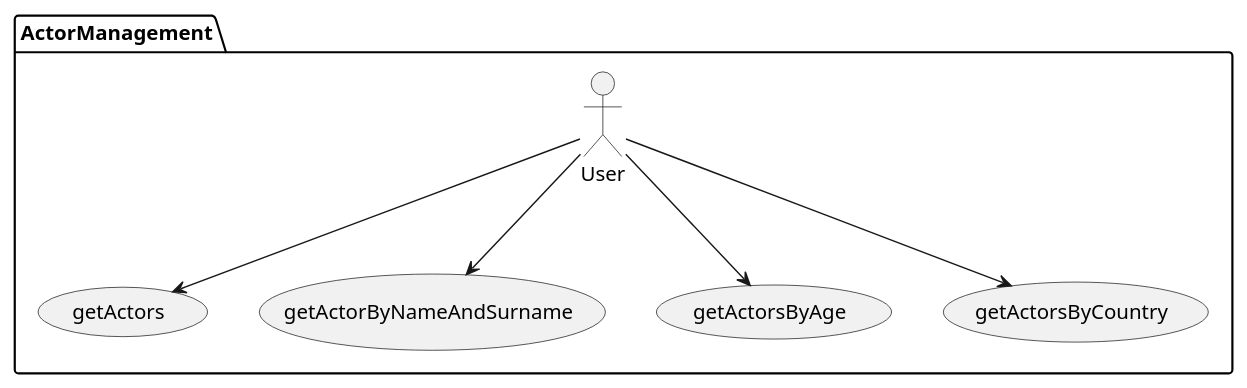
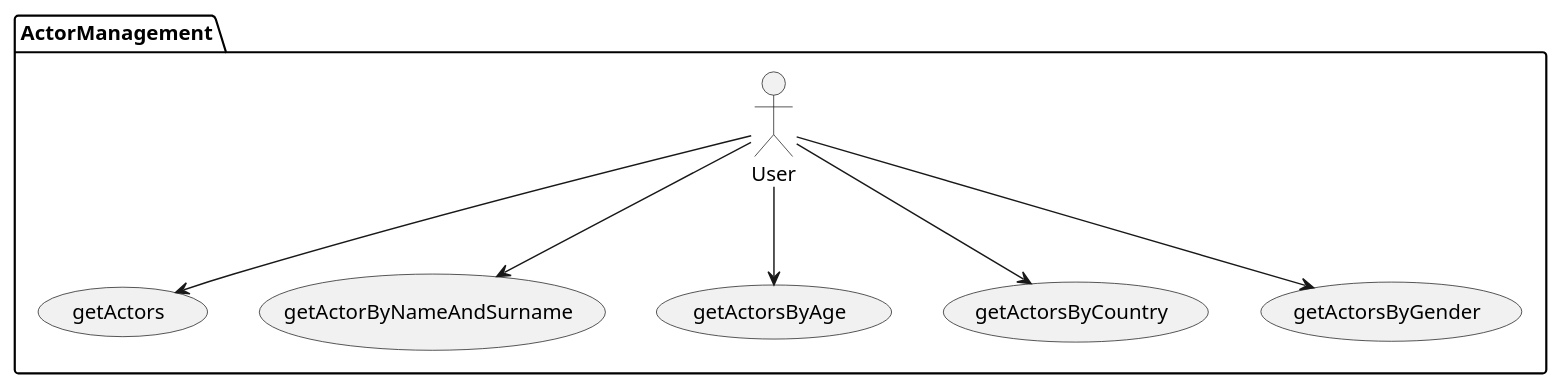
One commit to polfc21/cleverpy-test changed the diagram in plantuml/UseCaseUserActor.puml. Above: the diagram before and after it, drawn with PlantUML. The commit also changed 12 other files, not shown here.

```diff
--- a/plantuml/UseCaseUserActor.puml
+++ b/plantuml/UseCaseUserActor.puml
@@ -1,8 +1,9 @@
 @startuml
     package ActorManagement {
         User --> (getActors)
         User --> (getActorByNameAndSurname)
         User --> (getActorsByAge)
         User --> (getActorsByCountry)
+        User --> (getActorsByGender)
     }
 @enduml
```
